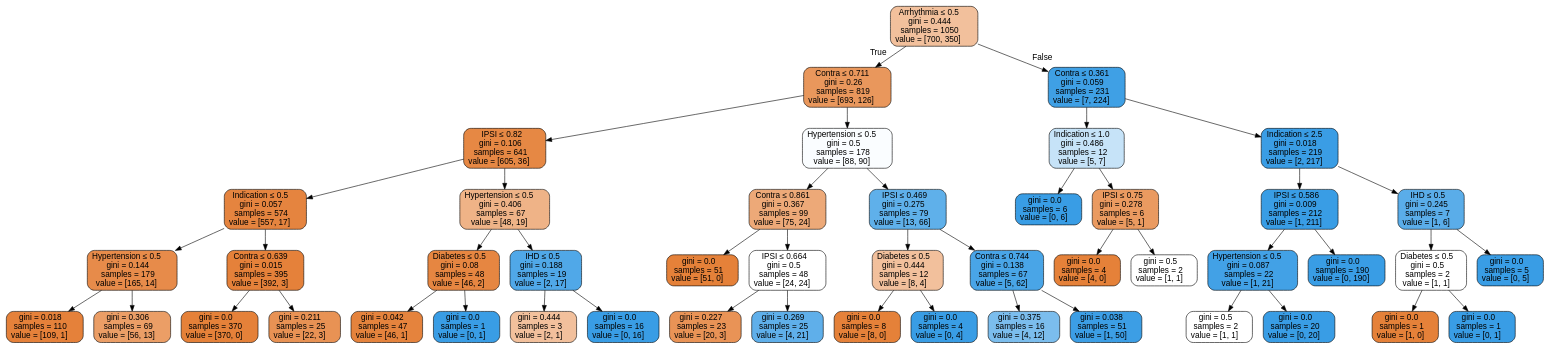
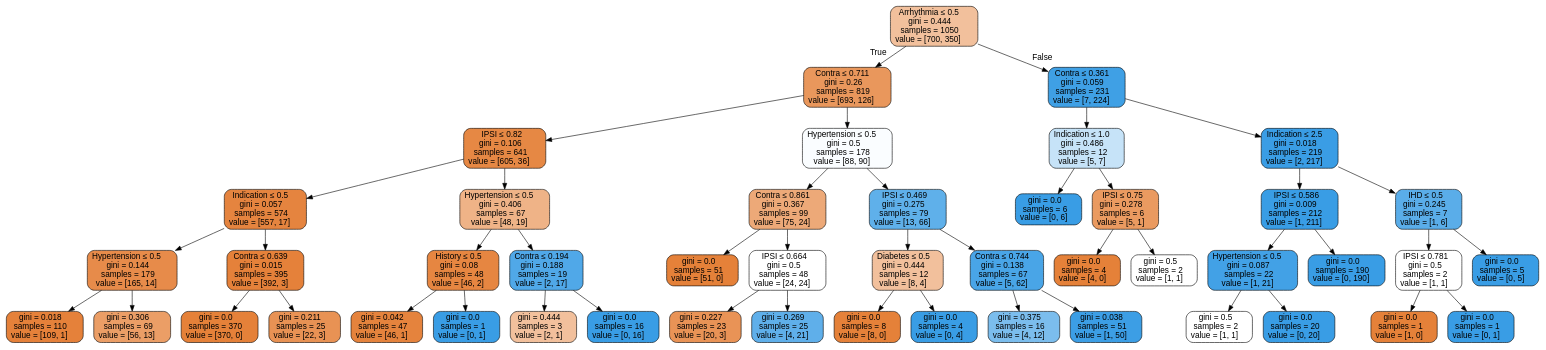
The diagram in tree.dot (bdavis9725/Medical-Data-Mining), drawn with Graphviz before and after one commit. The commit also changed 3 other files, not shown here.

```diff
--- a/tree.dot
+++ b/tree.dot
@@ -1,97 +1,97 @@
 digraph Tree {
 node [shape=box, style="filled, rounded", color="black", fontname=helvetica] ;
 edge [fontname=helvetica] ;
 0 [label=<Arrhythmia &le; 0.5<br/>gini = 0.444<br/>samples = 1050<br/>value = [700, 350]>, fillcolor="#e581397f"] ;
 1 [label=<Contra &le; 0.711<br/>gini = 0.26<br/>samples = 819<br/>value = [693, 126]>, fillcolor="#e58139d1"] ;
 0 -> 1 [labeldistance=2.5, labelangle=45, headlabel="True"] ;
 2 [label=<IPSI &le; 0.82<br/>gini = 0.106<br/>samples = 641<br/>value = [605, 36]>, fillcolor="#e58139f0"] ;
 1 -> 2 ;
 3 [label=<Indication &le; 0.5<br/>gini = 0.057<br/>samples = 574<br/>value = [557, 17]>, fillcolor="#e58139f7"] ;
 2 -> 3 ;
 4 [label=<Hypertension &le; 0.5<br/>gini = 0.144<br/>samples = 179<br/>value = [165, 14]>, fillcolor="#e58139e9"] ;
 3 -> 4 ;
 5 [label=<gini = 0.018<br/>samples = 110<br/>value = [109, 1]>, fillcolor="#e58139fd"] ;
 4 -> 5 ;
 6 [label=<gini = 0.306<br/>samples = 69<br/>value = [56, 13]>, fillcolor="#e58139c4"] ;
 4 -> 6 ;
 7 [label=<Contra &le; 0.639<br/>gini = 0.015<br/>samples = 395<br/>value = [392, 3]>, fillcolor="#e58139fd"] ;
 3 -> 7 ;
 8 [label=<gini = 0.0<br/>samples = 370<br/>value = [370, 0]>, fillcolor="#e58139ff"] ;
 7 -> 8 ;
 9 [label=<gini = 0.211<br/>samples = 25<br/>value = [22, 3]>, fillcolor="#e58139dc"] ;
 7 -> 9 ;
 10 [label=<Hypertension &le; 0.5<br/>gini = 0.406<br/>samples = 67<br/>value = [48, 19]>, fillcolor="#e581399a"] ;
 2 -> 10 ;
-11 [label=<Diabetes &le; 0.5<br/>gini = 0.08<br/>samples = 48<br/>value = [46, 2]>, fillcolor="#e58139f4"] ;
+11 [label=<History &le; 0.5<br/>gini = 0.08<br/>samples = 48<br/>value = [46, 2]>, fillcolor="#e58139f4"] ;
 10 -> 11 ;
 12 [label=<gini = 0.042<br/>samples = 47<br/>value = [46, 1]>, fillcolor="#e58139f9"] ;
 11 -> 12 ;
 13 [label=<gini = 0.0<br/>samples = 1<br/>value = [0, 1]>, fillcolor="#399de5ff"] ;
 11 -> 13 ;
-14 [label=<IHD &le; 0.5<br/>gini = 0.188<br/>samples = 19<br/>value = [2, 17]>, fillcolor="#399de5e1"] ;
+14 [label=<Contra &le; 0.194<br/>gini = 0.188<br/>samples = 19<br/>value = [2, 17]>, fillcolor="#399de5e1"] ;
 10 -> 14 ;
 15 [label=<gini = 0.444<br/>samples = 3<br/>value = [2, 1]>, fillcolor="#e581397f"] ;
 14 -> 15 ;
 16 [label=<gini = 0.0<br/>samples = 16<br/>value = [0, 16]>, fillcolor="#399de5ff"] ;
 14 -> 16 ;
 17 [label=<Hypertension &le; 0.5<br/>gini = 0.5<br/>samples = 178<br/>value = [88, 90]>, fillcolor="#399de506"] ;
 1 -> 17 ;
 18 [label=<Contra &le; 0.861<br/>gini = 0.367<br/>samples = 99<br/>value = [75, 24]>, fillcolor="#e58139ad"] ;
 17 -> 18 ;
 19 [label=<gini = 0.0<br/>samples = 51<br/>value = [51, 0]>, fillcolor="#e58139ff"] ;
 18 -> 19 ;
 20 [label=<IPSI &le; 0.664<br/>gini = 0.5<br/>samples = 48<br/>value = [24, 24]>, fillcolor="#e5813900"] ;
 18 -> 20 ;
 21 [label=<gini = 0.227<br/>samples = 23<br/>value = [20, 3]>, fillcolor="#e58139d9"] ;
 20 -> 21 ;
 22 [label=<gini = 0.269<br/>samples = 25<br/>value = [4, 21]>, fillcolor="#399de5ce"] ;
 20 -> 22 ;
 23 [label=<IPSI &le; 0.469<br/>gini = 0.275<br/>samples = 79<br/>value = [13, 66]>, fillcolor="#399de5cd"] ;
 17 -> 23 ;
 24 [label=<Diabetes &le; 0.5<br/>gini = 0.444<br/>samples = 12<br/>value = [8, 4]>, fillcolor="#e581397f"] ;
 23 -> 24 ;
 25 [label=<gini = 0.0<br/>samples = 8<br/>value = [8, 0]>, fillcolor="#e58139ff"] ;
 24 -> 25 ;
 26 [label=<gini = 0.0<br/>samples = 4<br/>value = [0, 4]>, fillcolor="#399de5ff"] ;
 24 -> 26 ;
 27 [label=<Contra &le; 0.744<br/>gini = 0.138<br/>samples = 67<br/>value = [5, 62]>, fillcolor="#399de5ea"] ;
 23 -> 27 ;
 28 [label=<gini = 0.375<br/>samples = 16<br/>value = [4, 12]>, fillcolor="#399de5aa"] ;
 27 -> 28 ;
 29 [label=<gini = 0.038<br/>samples = 51<br/>value = [1, 50]>, fillcolor="#399de5fa"] ;
 27 -> 29 ;
 30 [label=<Contra &le; 0.361<br/>gini = 0.059<br/>samples = 231<br/>value = [7, 224]>, fillcolor="#399de5f7"] ;
 0 -> 30 [labeldistance=2.5, labelangle=-45, headlabel="False"] ;
 31 [label=<Indication &le; 1.0<br/>gini = 0.486<br/>samples = 12<br/>value = [5, 7]>, fillcolor="#399de549"] ;
 30 -> 31 ;
 32 [label=<gini = 0.0<br/>samples = 6<br/>value = [0, 6]>, fillcolor="#399de5ff"] ;
 31 -> 32 ;
 33 [label=<IPSI &le; 0.75<br/>gini = 0.278<br/>samples = 6<br/>value = [5, 1]>, fillcolor="#e58139cc"] ;
 31 -> 33 ;
 34 [label=<gini = 0.0<br/>samples = 4<br/>value = [4, 0]>, fillcolor="#e58139ff"] ;
 33 -> 34 ;
 35 [label=<gini = 0.5<br/>samples = 2<br/>value = [1, 1]>, fillcolor="#e5813900"] ;
 33 -> 35 ;
 36 [label=<Indication &le; 2.5<br/>gini = 0.018<br/>samples = 219<br/>value = [2, 217]>, fillcolor="#399de5fd"] ;
 30 -> 36 ;
 37 [label=<IPSI &le; 0.586<br/>gini = 0.009<br/>samples = 212<br/>value = [1, 211]>, fillcolor="#399de5fe"] ;
 36 -> 37 ;
 38 [label=<Hypertension &le; 0.5<br/>gini = 0.087<br/>samples = 22<br/>value = [1, 21]>, fillcolor="#399de5f3"] ;
 37 -> 38 ;
 39 [label=<gini = 0.5<br/>samples = 2<br/>value = [1, 1]>, fillcolor="#e5813900"] ;
 38 -> 39 ;
 40 [label=<gini = 0.0<br/>samples = 20<br/>value = [0, 20]>, fillcolor="#399de5ff"] ;
 38 -> 40 ;
 41 [label=<gini = 0.0<br/>samples = 190<br/>value = [0, 190]>, fillcolor="#399de5ff"] ;
 37 -> 41 ;
 42 [label=<IHD &le; 0.5<br/>gini = 0.245<br/>samples = 7<br/>value = [1, 6]>, fillcolor="#399de5d4"] ;
 36 -> 42 ;
-43 [label=<Diabetes &le; 0.5<br/>gini = 0.5<br/>samples = 2<br/>value = [1, 1]>, fillcolor="#e5813900"] ;
+43 [label=<IPSI &le; 0.781<br/>gini = 0.5<br/>samples = 2<br/>value = [1, 1]>, fillcolor="#e5813900"] ;
 42 -> 43 ;
 44 [label=<gini = 0.0<br/>samples = 1<br/>value = [1, 0]>, fillcolor="#e58139ff"] ;
 43 -> 44 ;
 45 [label=<gini = 0.0<br/>samples = 1<br/>value = [0, 1]>, fillcolor="#399de5ff"] ;
 43 -> 45 ;
 46 [label=<gini = 0.0<br/>samples = 5<br/>value = [0, 5]>, fillcolor="#399de5ff"] ;
 42 -> 46 ;
 }
```
